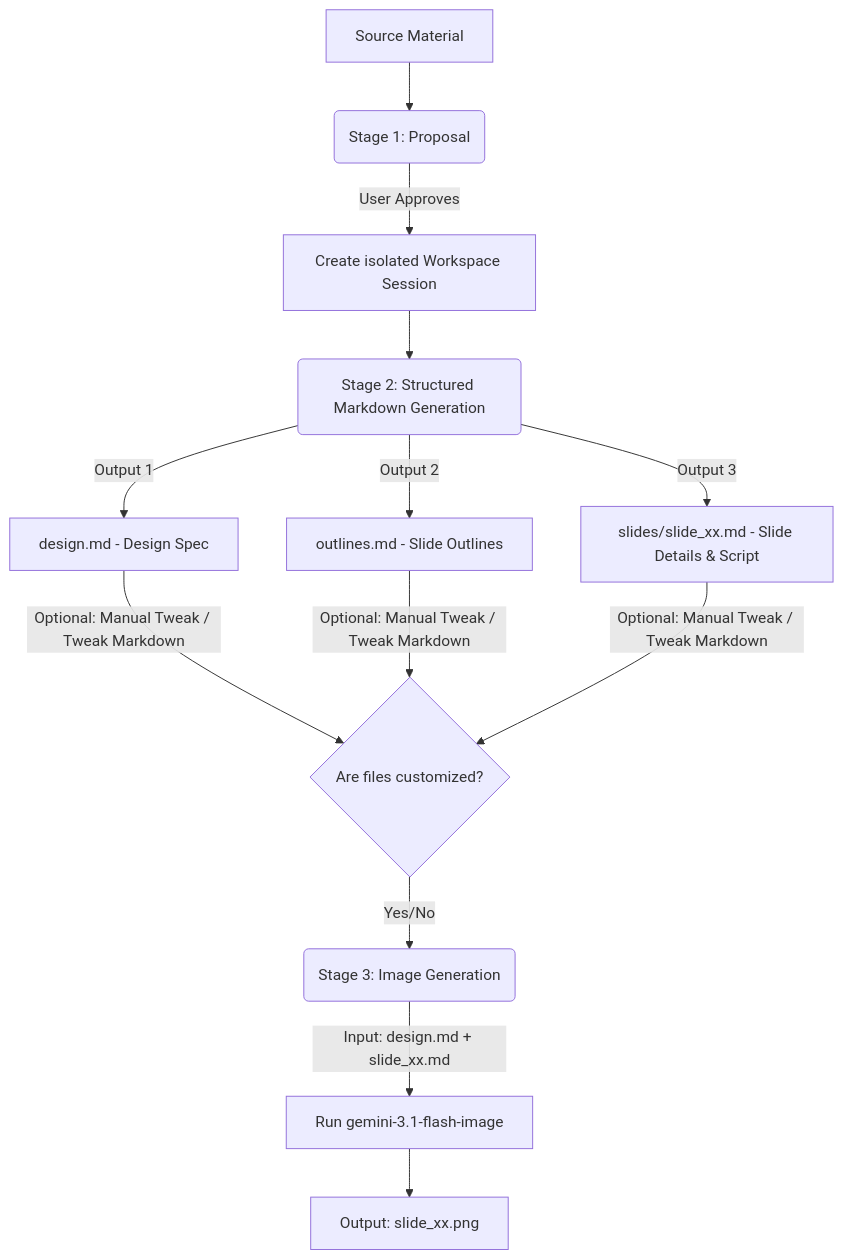
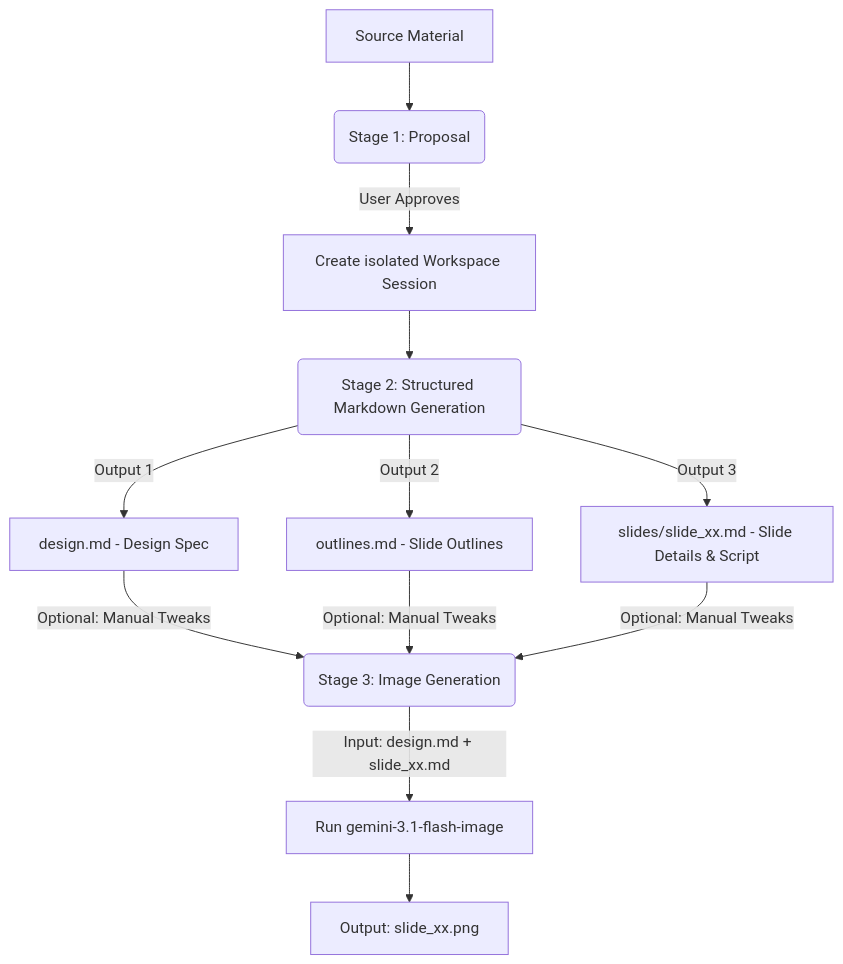
One commit to sylphlin/slide-gen-agent changed the diagram in README.md. Above: the diagram before and after it, drawn with Mermaid.

Commit message:
docs: simplify flowchart in README

````diff
--- a/README.md
+++ b/README.md
@@ -129,13 +129,12 @@
 ```mermaid
 graph TD
     A[Source Material] --> B(Stage 1: Proposal)
     B -->|User Approves| C[Create isolated Workspace Session]
     C --> D(Stage 2: Structured Markdown Generation)
     D -->|Output 1| E[design.md - Design Spec]
     D -->|Output 2| F[outlines.md - Slide Outlines]
     D -->|Output 3| G[slides/slide_xx.md - Slide Details & Script]
-    E & F & G -->|Optional: Manual Tweak / Tweak Markdown| H{Are files customized?}
-    H -->|Yes/No| I(Stage 3: Image Generation)
+    E & F & G -->|Optional: Manual Tweaks| I(Stage 3: Image Generation)
     I -->|Input: design.md + slide_xx.md| J[Run gemini-3.1-flash-image]
     J --> K[Output: slide_xx.png]
 ```
````
